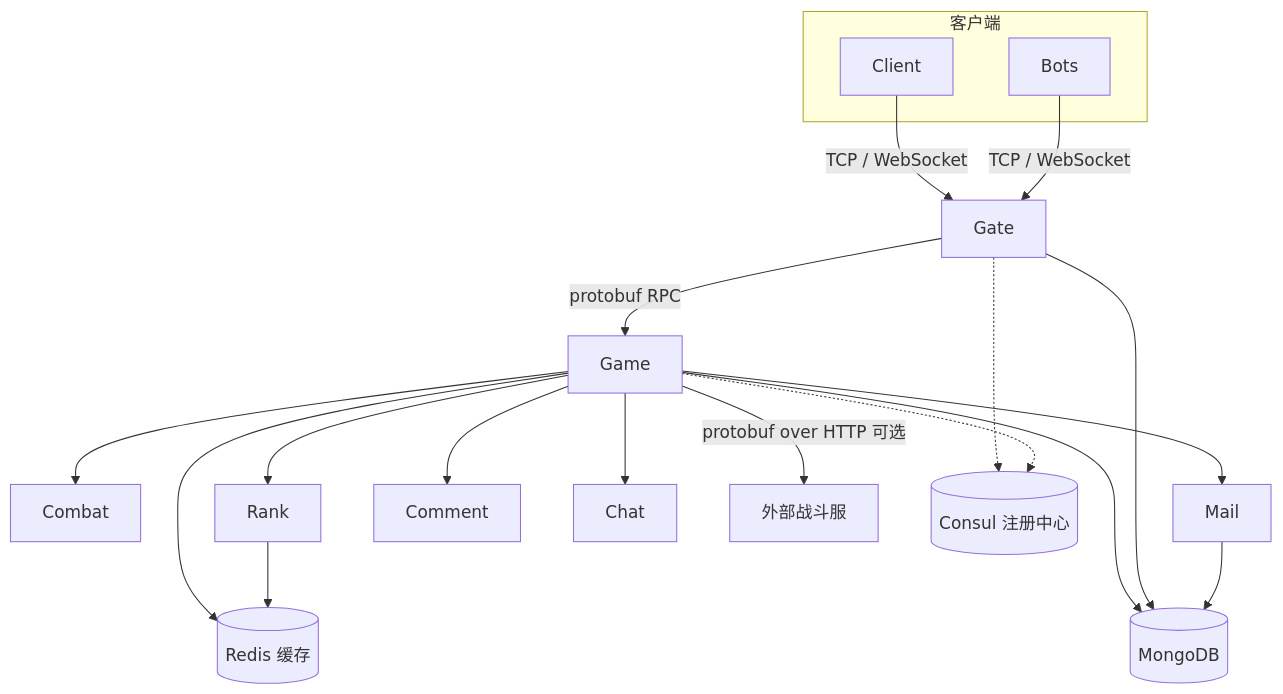
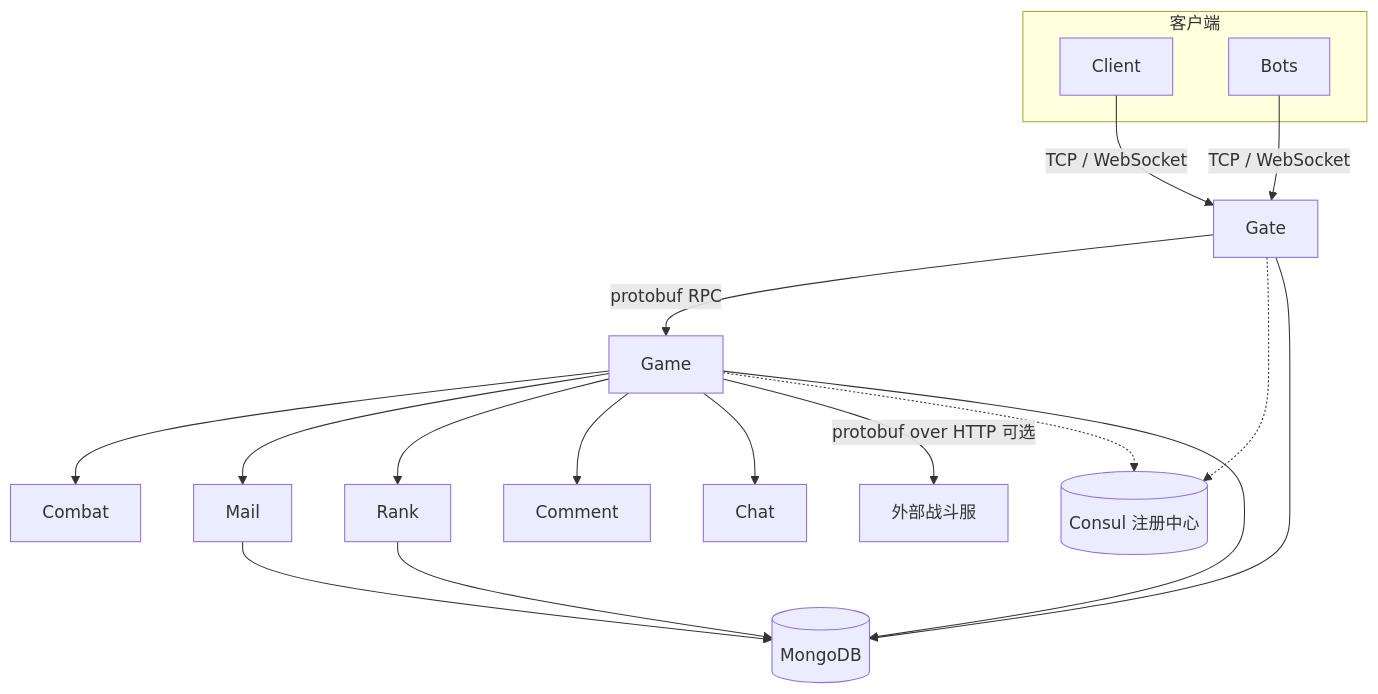
The first of 4 diagrams in README.md (east-eden/server), drawn with Mermaid before and after one commit. The commit also changed other lines of this file and 10 other files, not shown here.

````diff
--- a/README.md
+++ b/README.md
@@ -28,30 +39,28 @@
 ```mermaid
 graph TB
     subgraph 客户端
         C[Client]
         B[Bots]
     end
 
     C -->|TCP / WebSocket| Gate
     B -->|TCP / WebSocket| Gate
 
     Gate -->|protobuf RPC| Game
 
     Game --> Combat
     Game --> Mail
     Game --> Rank
     Game --> Comment
     Game --> Chat
 
     Game -->|protobuf over HTTP 可选| Battle[外部战斗服]
 
     Gate -.-> Consul[(Consul 注册中心)]
     Game -.-> Consul
 
     Game --> Mongo[(MongoDB)]
     Gate --> Mongo
     Mail --> Mongo
-
-    Game --> Redis[(Redis 缓存)]
-    Rank --> Redis
+    Rank --> Mongo
 ```
````
